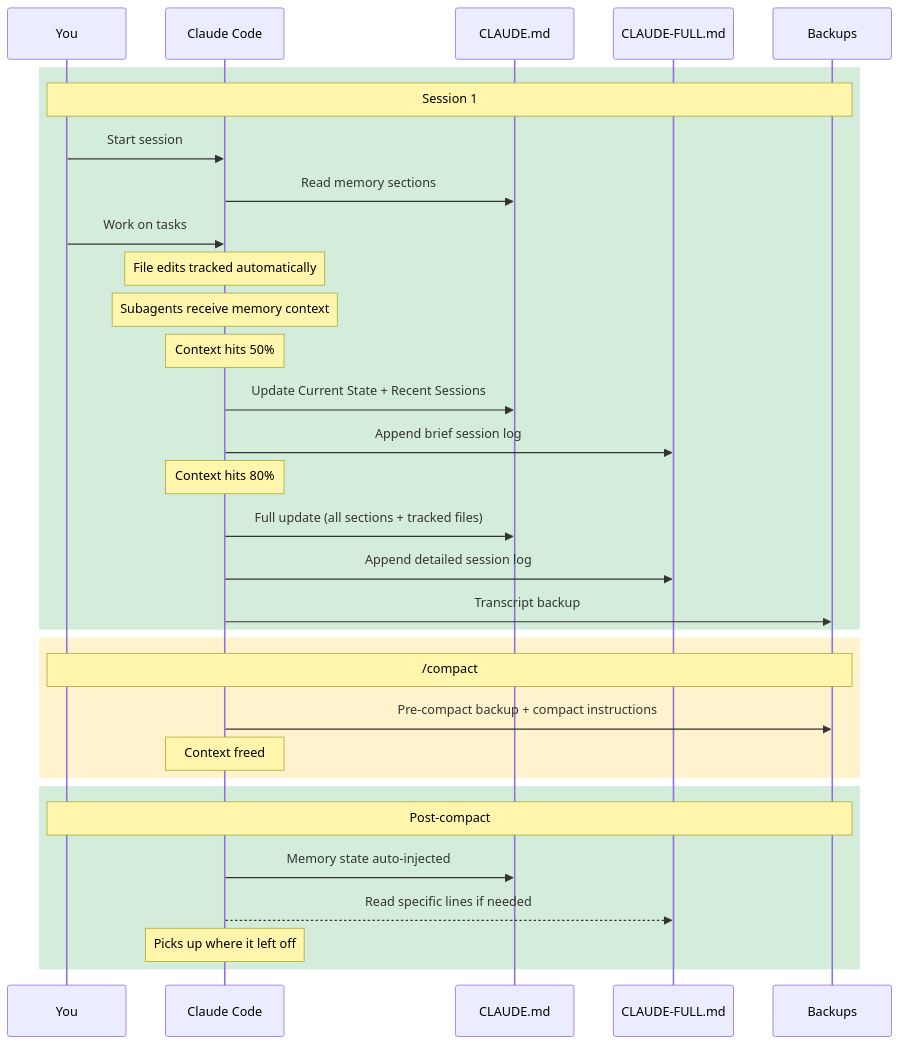
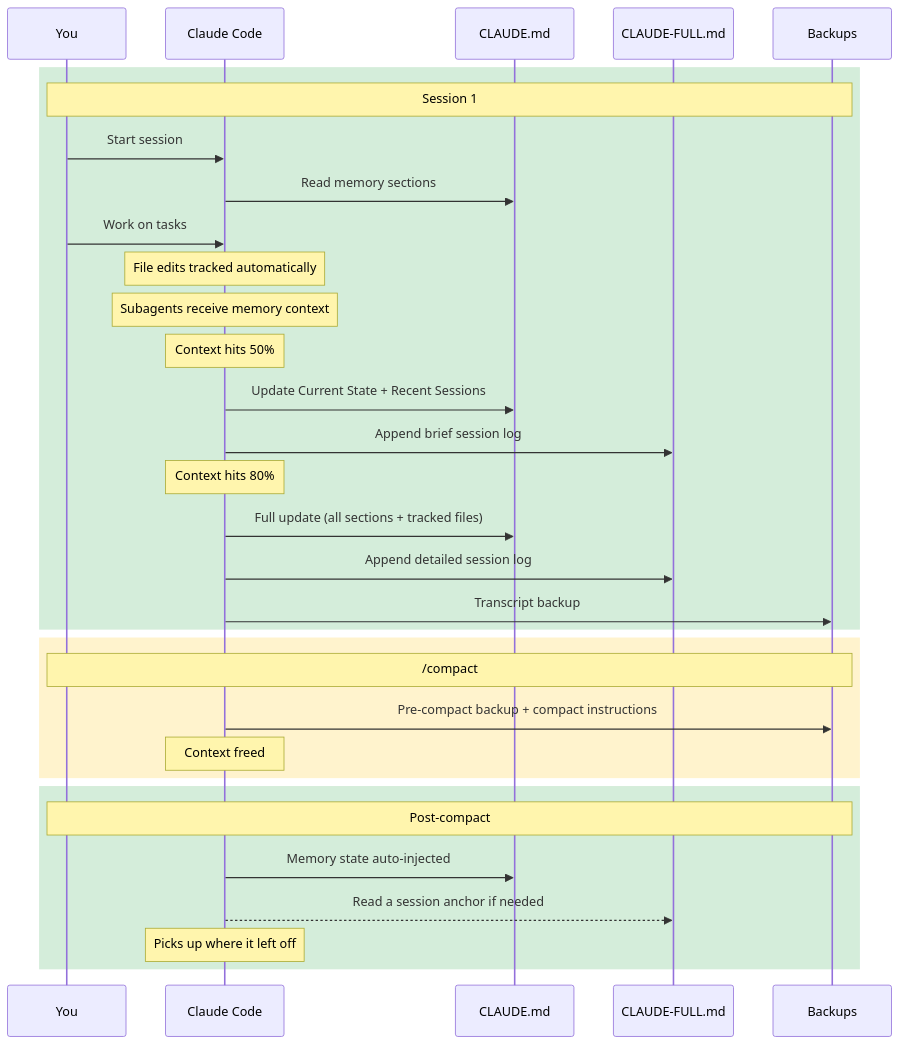
One commit to ShivanDana/mimo-public changed the third of 4 diagrams in README.md. Above: the diagram before and after it, drawn with Mermaid. The commit also changed other lines of this file and 10 other files, not shown here.

````diff
--- a/README.md
+++ b/README.md
@@ -110,37 +110,37 @@
 ```mermaid
 sequenceDiagram
     participant U as You
     participant C as Claude Code
     participant M as CLAUDE.md
     participant F as CLAUDE-FULL.md
     participant B as Backups
 
     rect rgb(212, 237, 218)
     Note over U,B: Session 1
     U->>C: Start session
     C->>M: Read memory sections
     U->>C: Work on tasks
     Note over C: File edits tracked automatically
     Note over C: Subagents receive memory context
     Note over C: Context hits 50%
     C->>M: Update Current State + Recent Sessions
     C->>F: Append brief session log
     Note over C: Context hits 80%
     C->>M: Full update (all sections + tracked files)
     C->>F: Append detailed session log
     C->>B: Transcript backup
     end
 
     rect rgb(255, 243, 205)
     Note over U,B: /compact
     C->>B: Pre-compact backup + compact instructions
     Note over C: Context freed
     end
 
     rect rgb(212, 237, 218)
     Note over U,B: Post-compact
     C->>M: Memory state auto-injected
-    C-->>F: Read specific lines if needed
+    C-->>F: Read a session anchor if needed
     Note over C: Picks up where it left off
     end
 ```
````
